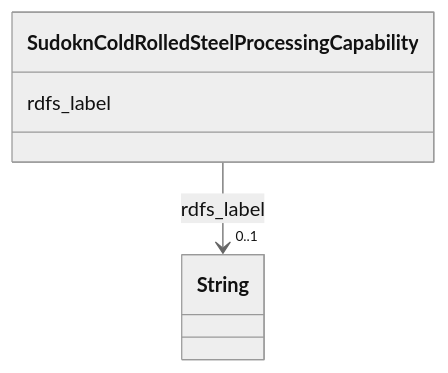
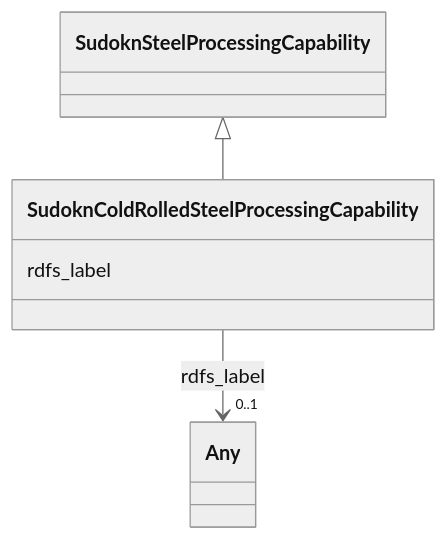
Before and after one commit to frink-okn/graph-descriptions: the diagram in sudokn-kg/classes/SudoknColdRolledSteelProcessingCapability.md, drawn with Mermaid (neutral theme). The commit also changed other lines of this file and 903 other files, not shown here.

````diff
--- a/sudokn-kg/classes/SudoknColdRolledSteelProcessingCapability.md
+++ b/sudokn-kg/classes/SudoknColdRolledSteelProcessingCapability.md
@@ -23,15 +18,18 @@
 ```mermaid
  classDiagram
     class SudoknColdRolledSteelProcessingCapability
     click SudoknColdRolledSteelProcessingCapability href "../SudoknColdRolledSteelProcessingCapability"
+      SudoknSteelProcessingCapability <|-- SudoknColdRolledSteelProcessingCapability
+        click SudoknSteelProcessingCapability href "../SudoknSteelProcessingCapability"
+      
       SudoknColdRolledSteelProcessingCapability : rdfs_label
         
           
     
     
-    SudoknColdRolledSteelProcessingCapability --> "0..1" String : rdfs_label
-    click String href "../String"
+    SudoknColdRolledSteelProcessingCapability --> "0..1" Any : rdfs_label
+    click Any href "../Any"
 
         
       
 ```
````
